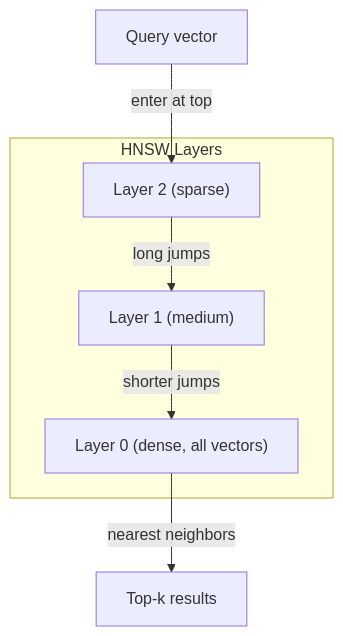
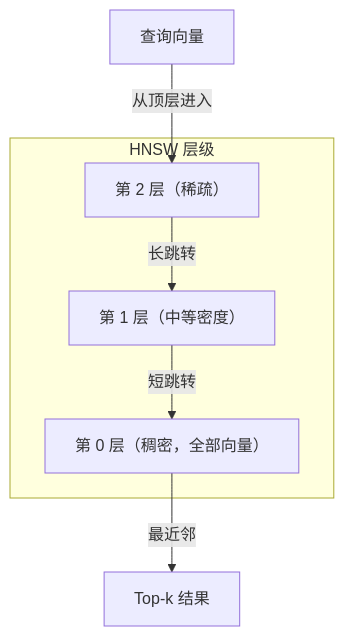
Before and after one commit to husky1102/ai-engineering-from-scratch-zh: the second of 3 diagrams in phases/11-llm-engineering/04-embeddings/docs/zh-CN.md, drawn with Mermaid. The commit also changed other lines of this file and 1 other file, not shown here.

````diff
--- a/phases/11-llm-engineering/04-embeddings/docs/zh-CN.md
+++ b/phases/11-llm-engineering/04-embeddings/docs/zh-CN.md
@@ -141,10 +141,10 @@
 ```mermaid
 graph TD
-    subgraph "HNSW Layers"
-        L2["Layer 2 (sparse)"] -->|"long jumps"| L1["Layer 1 (medium)"]
-        L1 -->|"shorter jumps"| L0["Layer 0 (dense, all vectors)"]
+    subgraph "HNSW 层级"
+        L2["第 2 层（稀疏）"] -->|"长跳转"| L1["第 1 层（中等密度）"]
+        L1 -->|"短跳转"| L0["第 0 层（稠密，全部向量）"]
     end
 
-    Q["Query vector"] -->|"enter at top"| L2
-    L0 -->|"nearest neighbors"| R["Top-k results"]
+    Q["查询向量"] -->|"从顶层进入"| L2
+    L0 -->|"最近邻"| R["Top-k 结果"]
 ```
````
